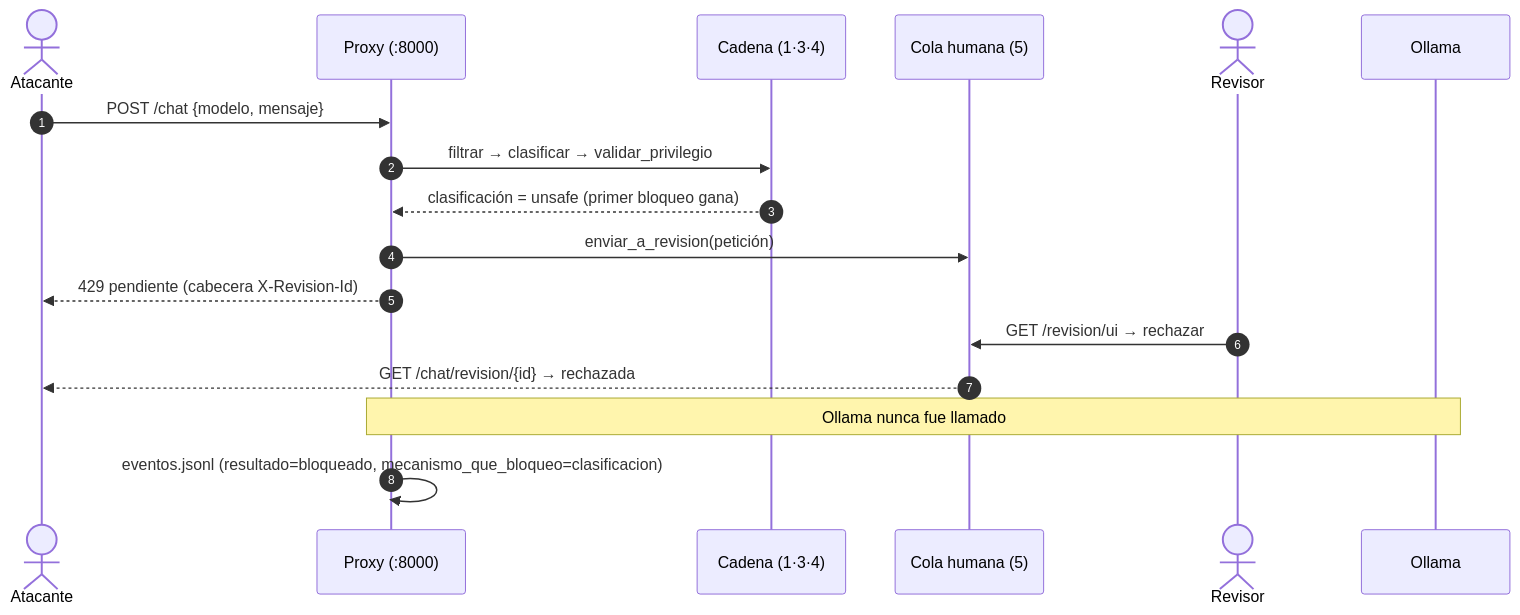
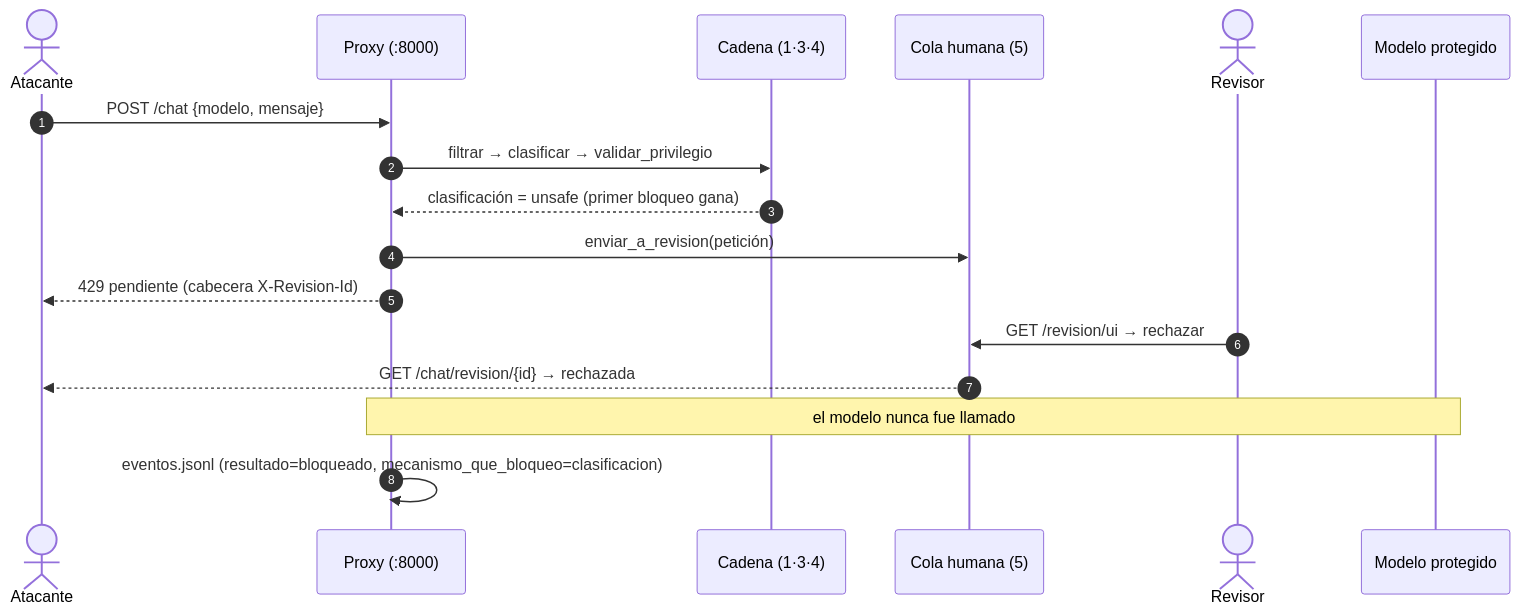
One commit to Anderfg13/IronVeil changed the second of 2 diagrams in README.md. Above: the diagram before and after it, drawn with Mermaid. The commit also changed other lines of this file and 1 other file, not shown here.

Commit message:
docs: README y CITATION en forma general (cualquier modelo, con enfasis en Ollama autoalojado)

````diff
--- a/README.md
+++ b/README.md
@@ -84,19 +94,19 @@
 ```mermaid
 sequenceDiagram
     autonumber
     actor A as Atacante
     participant P as Proxy (:8000)
     participant K as Cadena (1·3·4)
     participant Q as Cola humana (5)
     actor H as Revisor
-    participant O as Ollama
+    participant O as Modelo protegido
     A->>P: POST /chat {modelo, mensaje}
     P->>K: filtrar → clasificar → validar_privilegio
     K-->>P: clasificación = unsafe (primer bloqueo gana)
     P->>Q: enviar_a_revision(petición)
     P-->>A: 429 pendiente (cabecera X-Revision-Id)
     H->>Q: GET /revision/ui → rechazar
     Q-->>A: GET /chat/revision/{id} → rechazada
-    Note over P,O: Ollama nunca fue llamado
+    Note over P,O: el modelo nunca fue llamado
     P->>P: eventos.jsonl (resultado=bloqueado, mecanismo_que_bloqueo=clasificacion)
 ```
````
